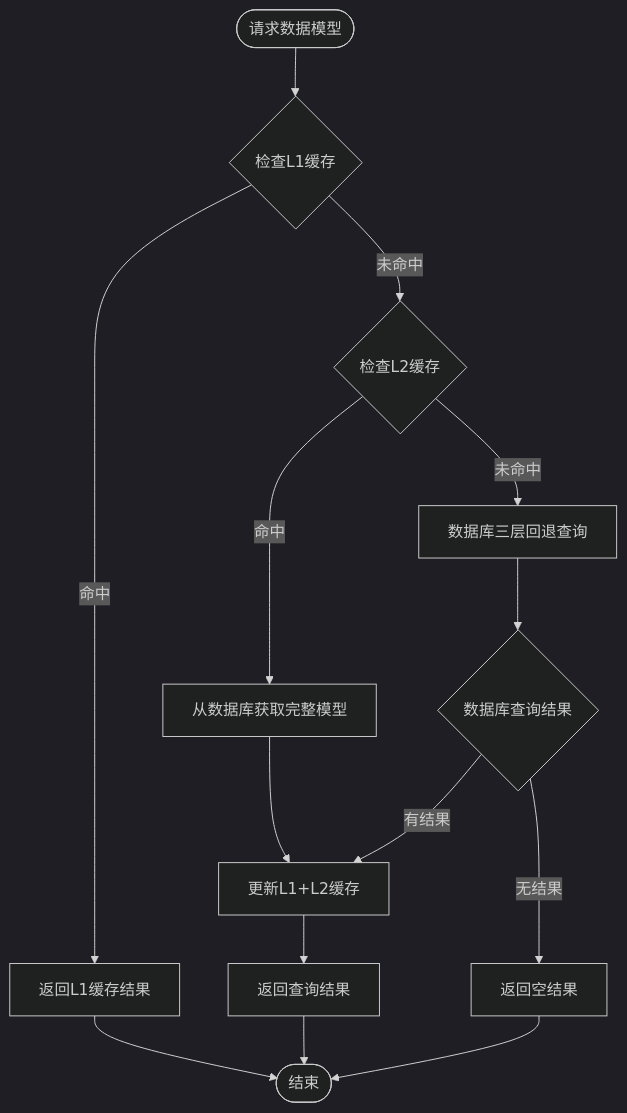
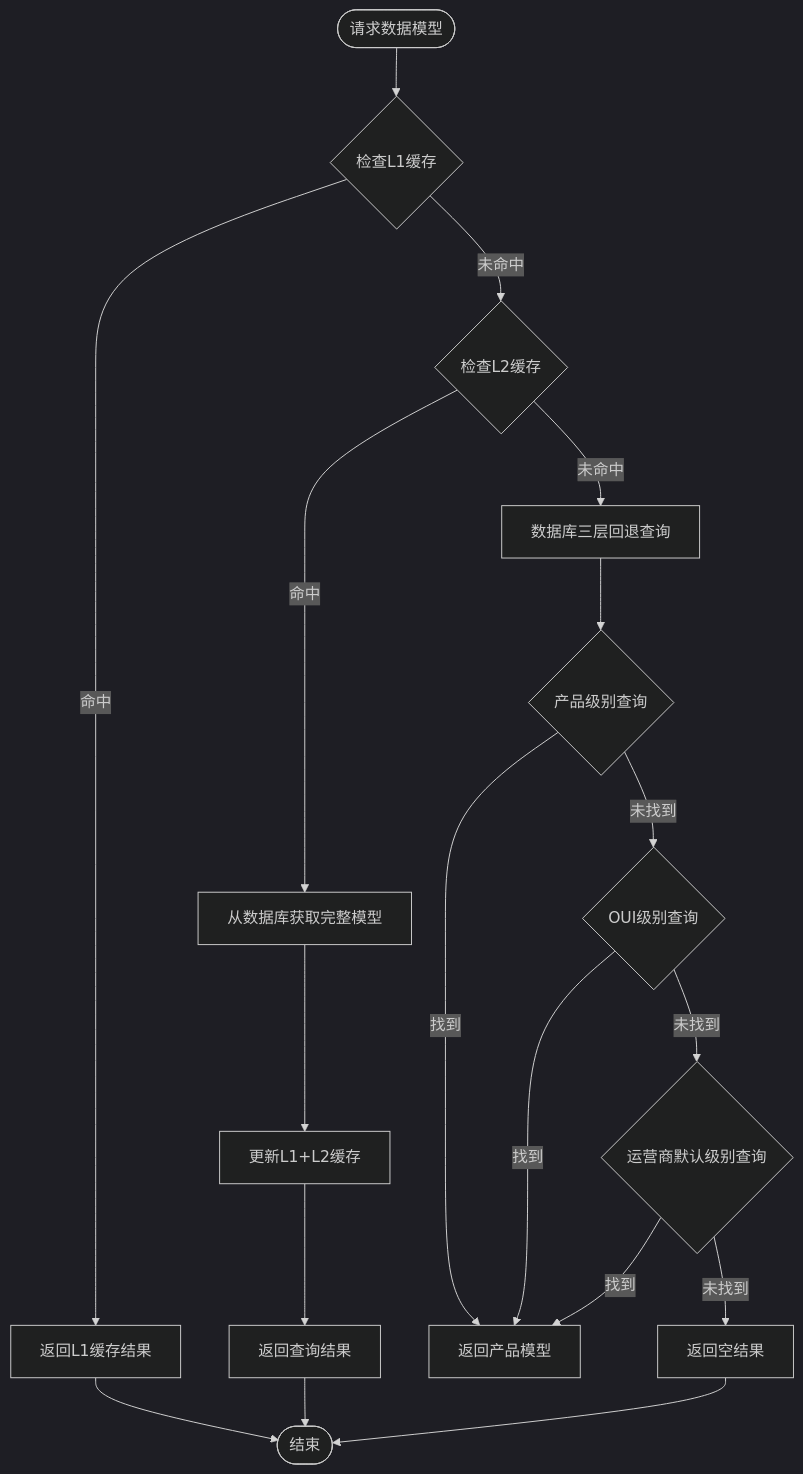
The fifth of 11 diagrams in .qoder/repowiki/zh/content/核心模块/配置管理模块/配置管理模块.md (bixinhaner/xomc), drawn with Mermaid (dark theme) before and after one commit. The commit also changed other lines of this file and 6 other files, not shown here.

````diff
--- a/.qoder/repowiki/zh/content/核心模块/配置管理模块/配置管理模块.md
+++ b/.qoder/repowiki/zh/content/核心模块/配置管理模块/配置管理模块.md
@@ -261,16 +280,20 @@
 ```mermaid
 flowchart TD
 Start([请求数据模型]) --> CheckL1{检查L1缓存}
 CheckL1 --> |命中| ReturnL1[返回L1缓存结果]
 CheckL1 --> |未命中| CheckL2{检查L2缓存}
 CheckL2 --> |命中| FetchDB[从数据库获取完整模型]
 CheckL2 --> |未命中| DBQuery[数据库三层回退查询]
 FetchDB --> UpdateCache[更新L1+L2缓存]
-DBQuery --> DBHit{数据库查询结果}
-DBHit --> |有结果| UpdateCache
-DBHit --> |无结果| ReturnNil[返回空结果]
+DBQuery --> Level1{产品级别查询}
+Level1 --> |找到| ReturnModel[返回产品模型]
+Level1 --> |未找到| Level2{OUI级别查询}
+Level2 --> |找到| ReturnModel
+Level2 --> |未找到| Level3{运营商默认级别查询}
+Level3 --> |找到| ReturnModel
+Level3 --> |未找到| ReturnNil[返回空结果]
 UpdateCache --> ReturnResult[返回查询结果]
 ReturnL1 --> End([结束])
 ReturnResult --> End
 ReturnNil --> End
 ```
````
